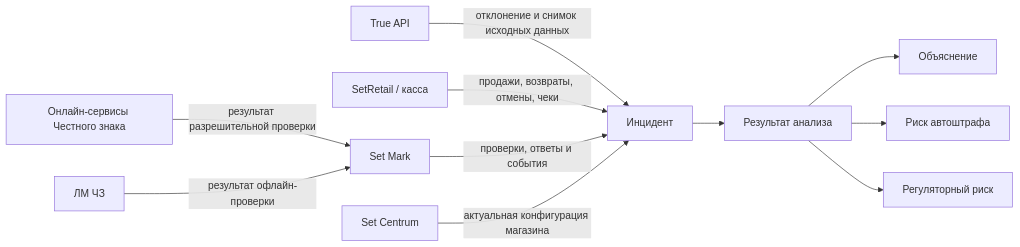
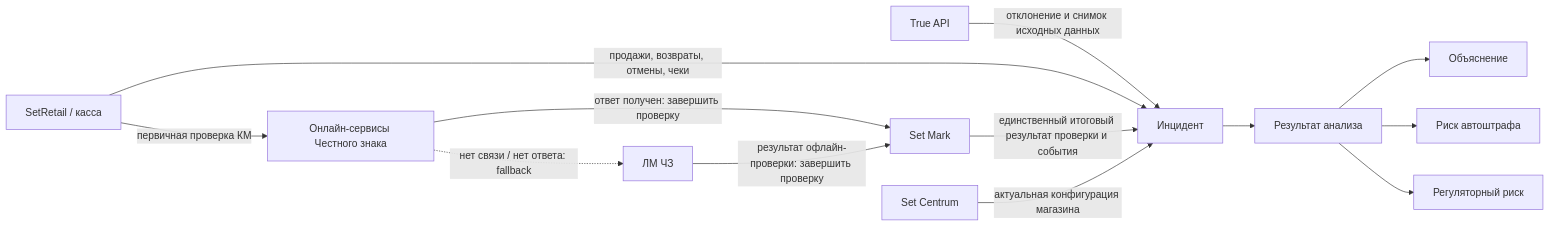
One commit to onufriev/setmark-report-module changed the diagram in docs/product-definition/domain-model-v0.1.md. Above: the diagram before and after it, drawn with Mermaid. The commit also changed other lines of this file, not shown here.

````diff
--- a/docs/product-definition/domain-model-v0.1.md
+++ b/docs/product-definition/domain-model-v0.1.md
@@ -49,13 +49,15 @@
 ```mermaid
 flowchart LR
     TA["True API"] -->|"отклонение и снимок исходных данных"| I["Инцидент"]
     SR["SetRetail / касса"] -->|"продажи, возвраты, отмены, чеки"| I
-    SM["Set Mark"] -->|"проверки, ответы и события"| I
-    CHZ["Онлайн-сервисы Честного знака"] -->|"результат разрешительной проверки"| SM
-    LM["ЛМ ЧЗ"] -->|"результат офлайн-проверки"| SM
+    SR -->|"первичная проверка КМ"| CHZ["Онлайн-сервисы Честного знака"]
+    CHZ -->|"ответ получен: завершить проверку"| SM["Set Mark"]
+    CHZ -.->|"нет связи / нет ответа: fallback"| LM["ЛМ ЧЗ"]
+    LM -->|"результат офлайн-проверки: завершить проверку"| SM
+    SM -->|"единственный итоговый результат проверки и события"| I
     SC["Set Centrum"] -->|"актуальная конфигурация магазина"| I
     I --> A["Результат анализа"]
     A --> E["Объяснение"]
     A --> F["Риск автоштрафа"]
     A --> R["Регуляторный риск"]
 ```
````
